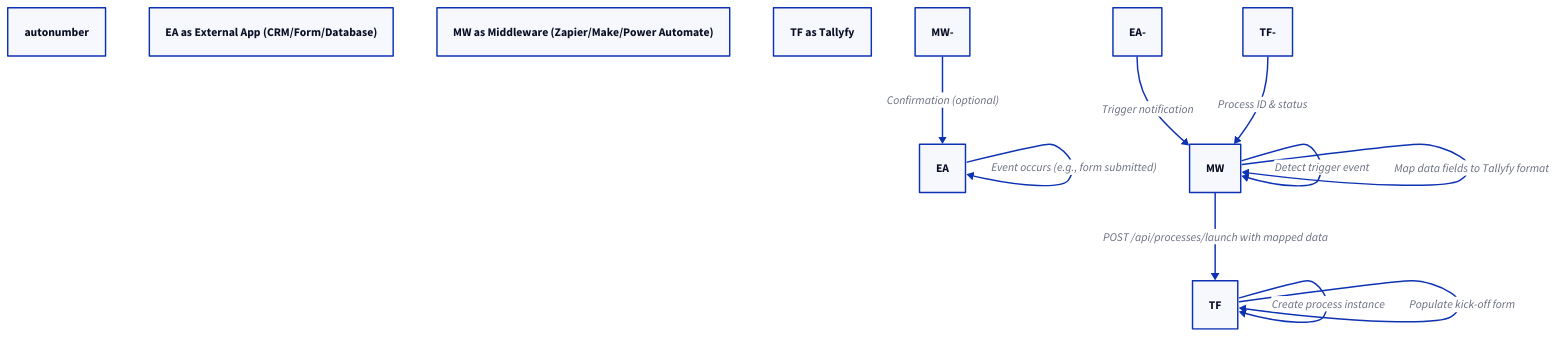
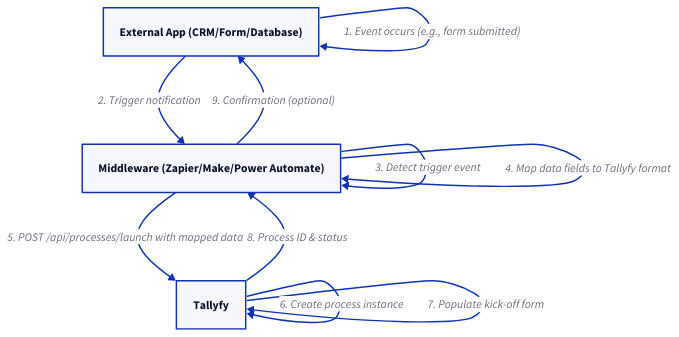
The diagram in src/content/docs/pro/launching/triggers/via-middleware.mdx (tallyfy/documentation), drawn with D2 before and after one commit. The commit also changed 26 other files, not shown here.

````diff
--- a/src/content/docs/pro/launching/triggers/via-middleware.mdx
+++ b/src/content/docs/pro/launching/triggers/via-middleware.mdx
@@ -42,20 +42,17 @@
 ```d2
-EA: "EA"
-MW: "MW"
-TF: "TF"
-autonumber
-EA as External App (CRM/Form/Database)
-MW as Middleware (Zapier/Make/Power Automate)
-TF as Tallyfy
-# Note over EA,TF: Automated Process Launching Flow
-EA -> EA: Event occurs (e.g., form submitted)
-EA- -> MW: Trigger notification
-MW -> MW: Detect trigger event
-MW -> MW: Map data fields to Tallyfy format
-MW -> TF: POST /api/processes/launch with mapped data
-TF -> TF: Create process instance
-TF -> TF: Populate kick-off form
-TF- -> MW: Process ID & status
-MW- -> EA: Confirmation (optional)
-# Note over TF: Process now running with external data
+EA: "External App (CRM/Form/Database)"
+MW: "Middleware (Zapier/Make/Power Automate)"
+TF: "Tallyfy"
+
+# Automated Process Launching Flow
+EA -> EA: "1. Event occurs (e.g., form submitted)"
+EA -> MW: "2. Trigger notification"
+MW -> MW: "3. Detect trigger event"
+MW -> MW: "4. Map data fields to Tallyfy format"
+MW -> TF: "5. POST /api/processes/launch with mapped data"
+TF -> TF: "6. Create process instance"
+TF -> TF: "7. Populate kick-off form"
+TF -> MW: "8. Process ID & status"
+MW -> EA: "9. Confirmation (optional)"
+# Process now running with external data
 ```
````
